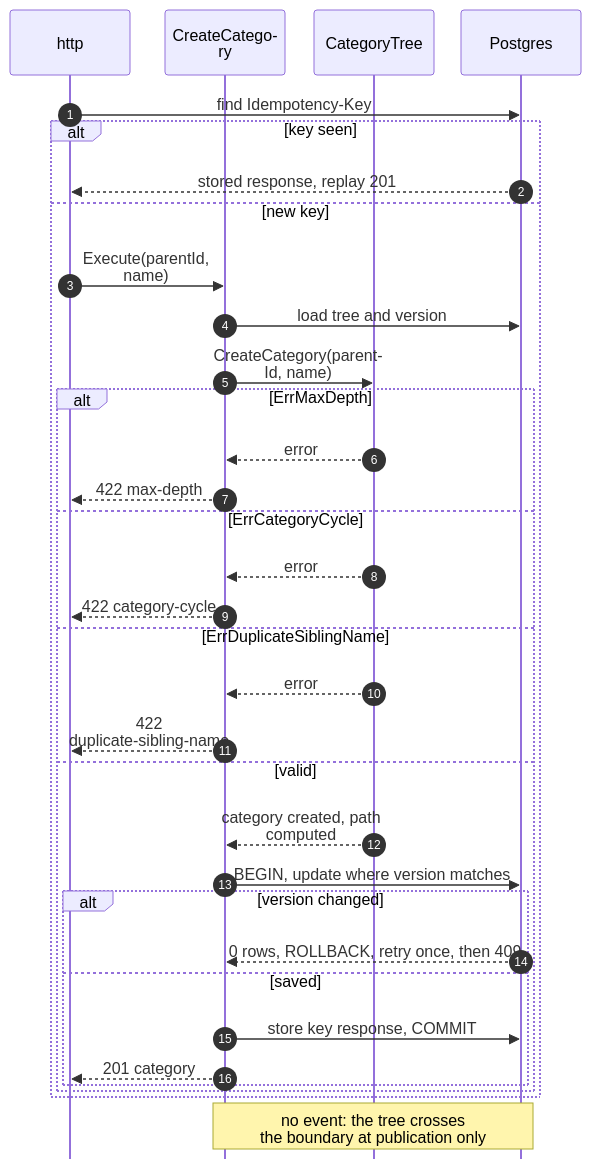
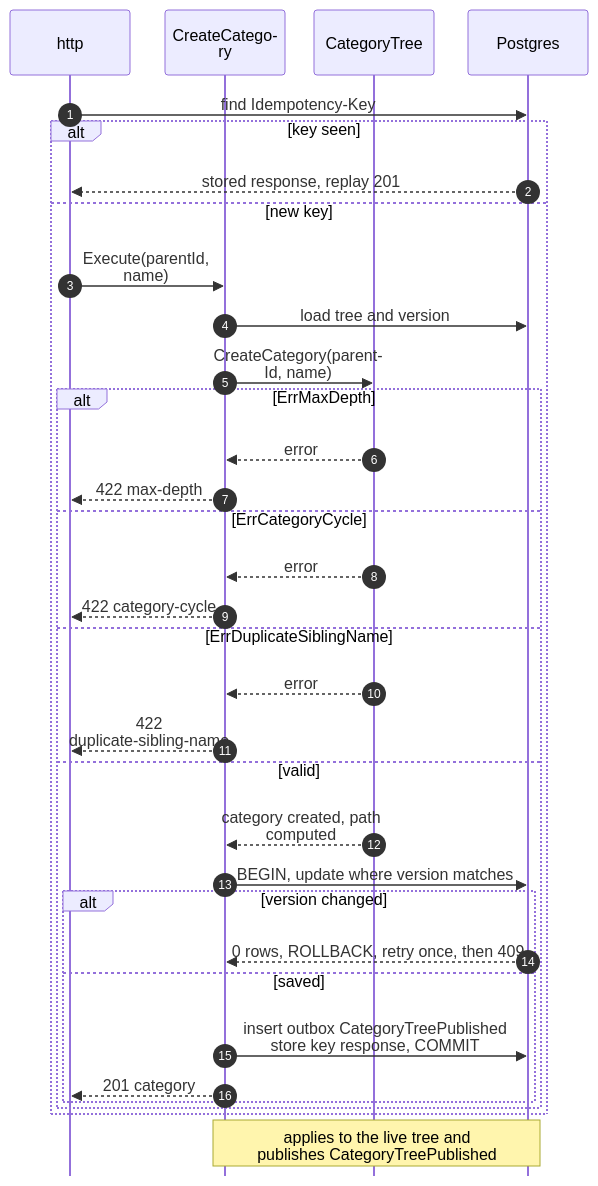
One commit to IQVO/warehouse-docs changed the sixth of 10 diagrams in storefront/docs/contexts/product-content/sequence-diagrams.md. Above: the diagram before and after it, drawn with Mermaid. The commit also changed other lines of this file and 16 other files, not shown here.

````diff
--- a/storefront/docs/contexts/product-content/sequence-diagrams.md
+++ b/storefront/docs/contexts/product-content/sequence-diagrams.md
@@ -275,37 +291,37 @@
 ```mermaid
 %%{init: {"sequence": {"wrap": true, "width": 120, "actorMargin": 24, "messageMargin": 28, "boxMargin": 6, "noteMargin": 6, "mirrorActors": false}}}%%
 sequenceDiagram
     autonumber
     participant H as http
     participant UC as CreateCategory
     participant T as CategoryTree
     participant DB as Postgres
     H->>DB: find Idempotency-Key
     alt key seen
         DB-->>H: stored response, replay 201
     else new key
         H->>UC: Execute(parentId, name)
         UC->>DB: load tree and version
         UC->>T: CreateCategory(parentId, name)
         alt ErrMaxDepth
             T-->>UC: error
             UC-->>H: 422 max-depth
         else ErrCategoryCycle
             T-->>UC: error
             UC-->>H: 422 category-cycle
         else ErrDuplicateSiblingName
             T-->>UC: error
             UC-->>H: 422 duplicate-sibling-name
         else valid
             T-->>UC: category created, path computed
             UC->>DB: BEGIN, update where version matches
             alt version changed
                 DB-->>UC: 0 rows, ROLLBACK, retry once, then 409
             else saved
-                UC->>DB: store key response, COMMIT
+                UC->>DB: insert outbox CategoryTreePublished<br/>store key response, COMMIT
                 UC-->>H: 201 category
             end
         end
     end
-    Note over UC,DB: no event: the tree crosses<br/>the boundary at publication only
+    Note over UC,DB: applies to the live tree and<br/>publishes CategoryTreePublished
 ```
````
